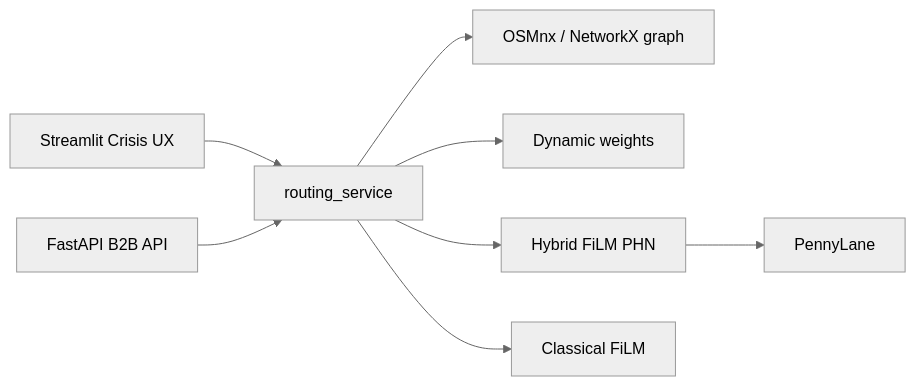
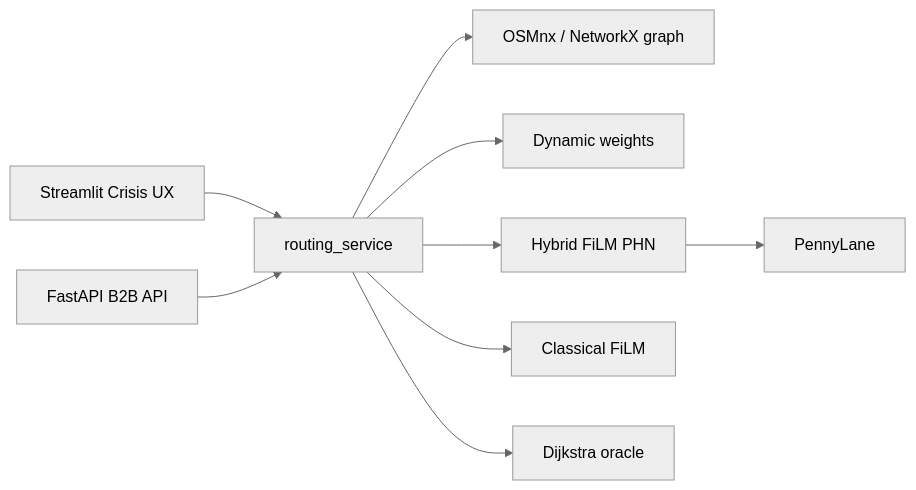
The diagram in README.md (meolen07/QuantumRelief), drawn with Mermaid (neutral theme) before and after one commit. The commit also changed other lines of this file, not shown here.

````diff
--- a/README.md
+++ b/README.md
@@ -42,10 +55,11 @@
 ```mermaid
 flowchart LR
   UX[Streamlit Crisis UX] --> RS[routing_service]
   API[FastAPI B2B API] --> RS
   RS --> G[OSMnx / NetworkX graph]
   RS --> Dyn[Dynamic weights]
   RS --> HQ[Hybrid FiLM PHN]
   HQ --> PL[PennyLane]
   RS --> CF[Classical FiLM]
+  RS --> DJ[Dijkstra oracle]
 ```
````
